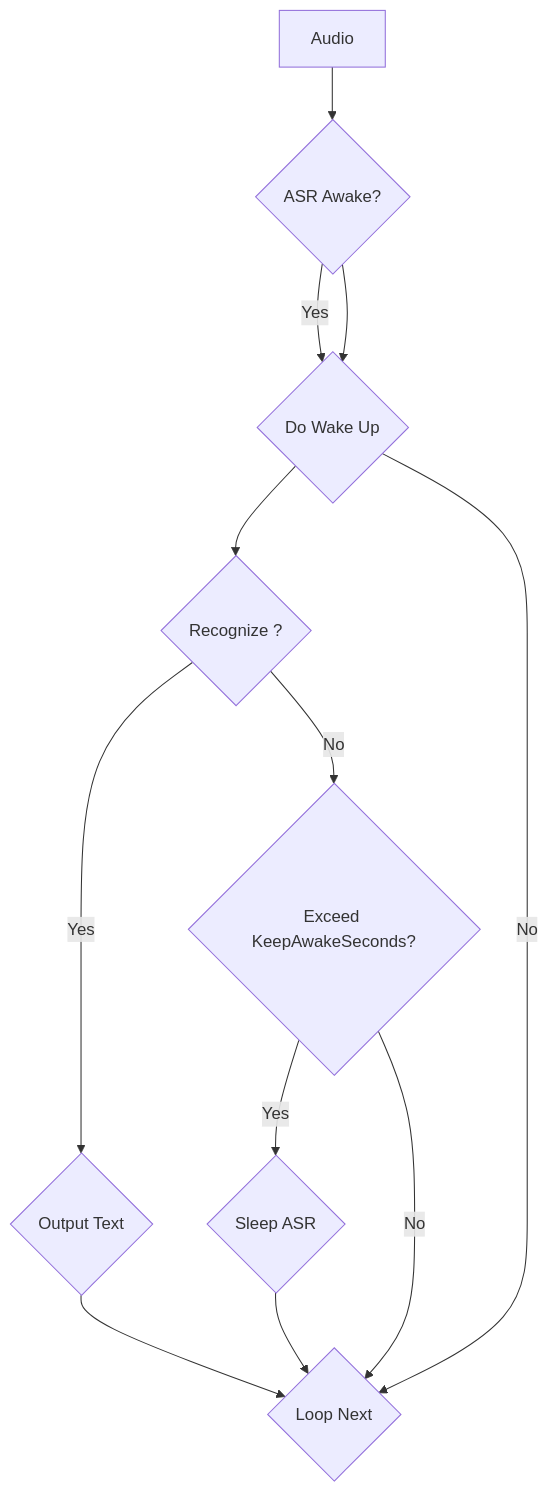
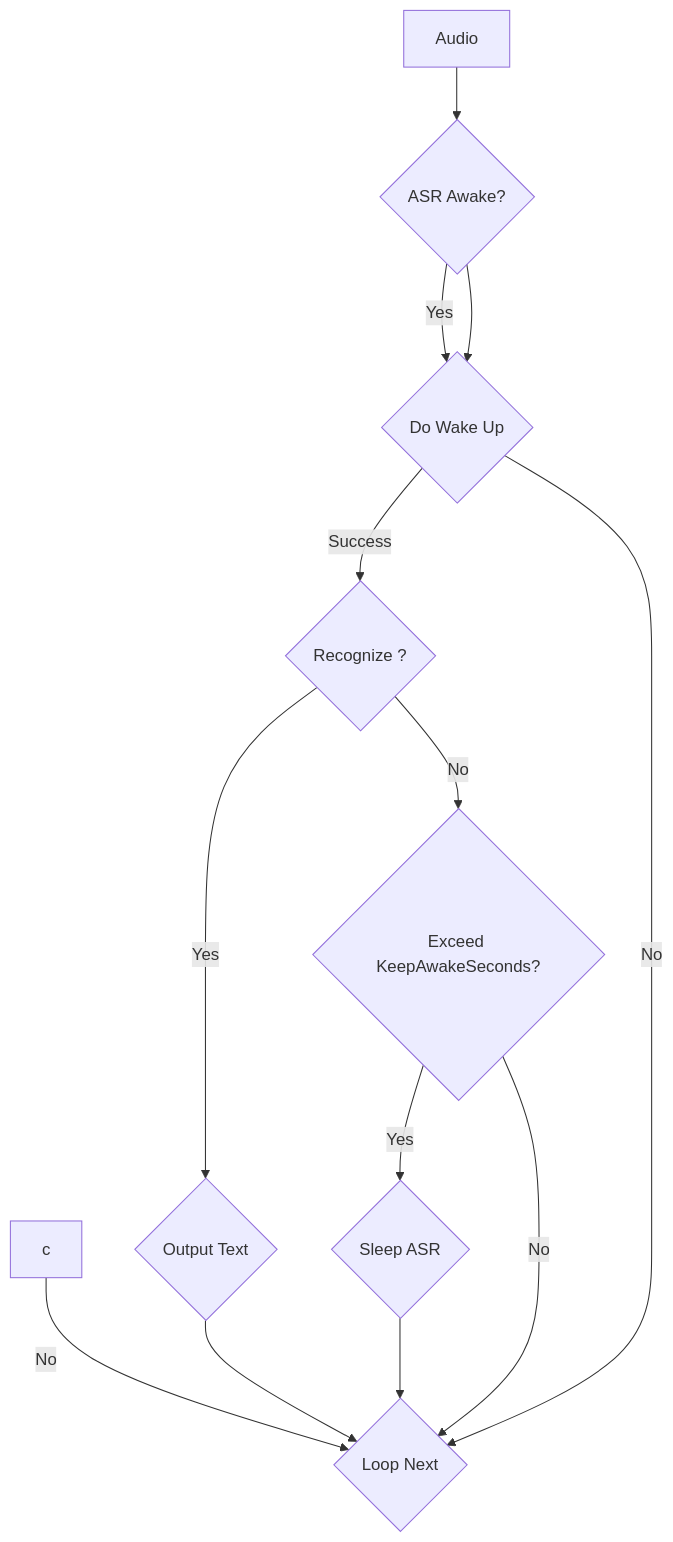
One commit to endink/Mediapipe4u-plugin changed the diagram in docs/speech/wakeup.md. Above: the diagram before and after it, drawn with Mermaid.

Commit message:
loop fix

````diff
--- a/docs/speech/wakeup.md
+++ b/docs/speech/wakeup.md
@@ -63,19 +63,20 @@
 ``` mermaid
 graph TD
   A[Audio] --> B{ASR Awake?};
   B --> |Yes| C{ASR};
   B --> C{Do Wake Up};
-  C --> D{Recognize ?}
+  C --> |Success| D{Recognize ?}
+  c --> |No| H{Loop Next}
 
   D -->|Yes| E{Output Text};
   E --> H
  
   D -->|No| F{Exceed KeepAwakeSeconds?};
 
   F --> |Yes| G{Sleep ASR}
-  G --> H{Loop Next}
+  G --> H
   F --> |No| H
   
   C ---->|No| H;
   
 ```
````
